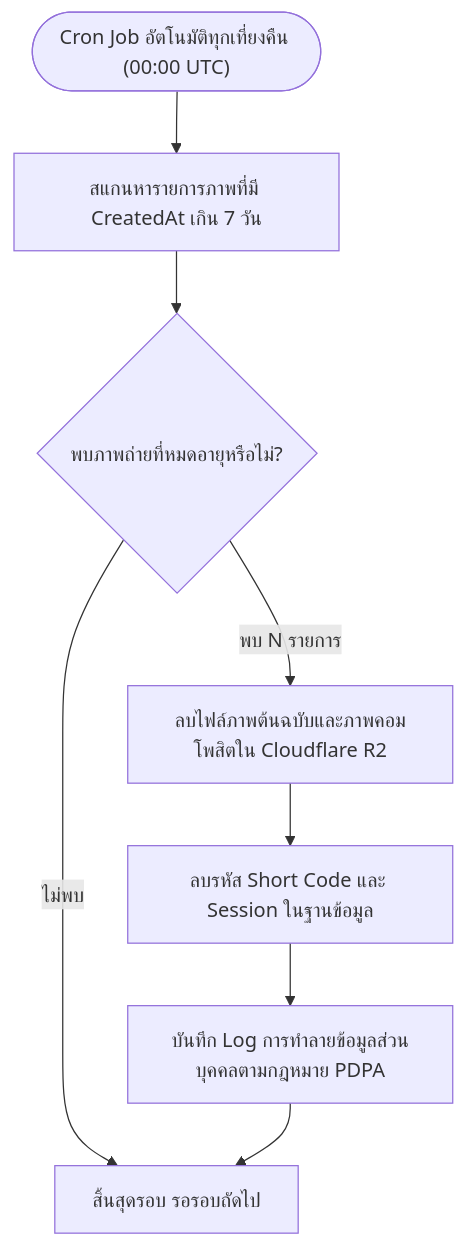
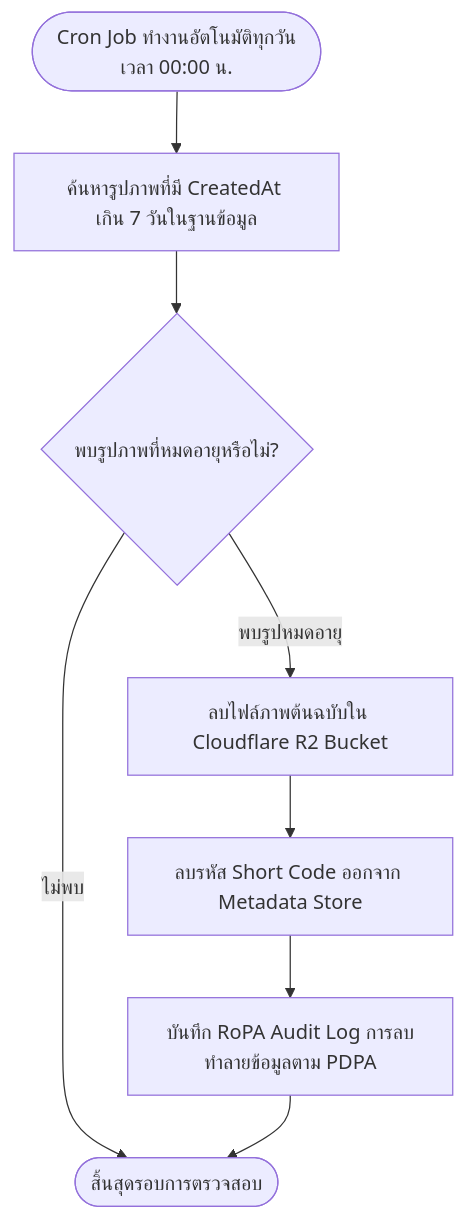
The sixth of 12 diagrams in ducument-sathit/task01/system-architecture-and-sequence-flow.md (icelandz9/swu-openhouse), drawn with Mermaid before and after one commit. The commit also changed other lines of this file and 1 other file, not shown here.

Commit message:
docs: finalize pure Photo Booth System Architecture and Sequence Flows based on grill-me locks

````diff
--- a/ducument-sathit/task01/system-architecture-and-sequence-flow.md
+++ b/ducument-sathit/task01/system-architecture-and-sequence-flow.md
@@ -259,12 +235,12 @@
 ```mermaid
 flowchart TD
-    AdminStart(["Cron Job อัตโนมัติทุกเที่ยงคืน (00:00 UTC)"]) --> ScanDB["สแกนหารายการภาพที่มี CreatedAt เกิน 7 วัน"]
-    ScanDB --> ExpiredFound{"พบภาพถ่ายที่หมดอายุหรือไม่?"}
-    
-    ExpiredFound -->|ไม่พบ| SleepJob["สิ้นสุดรอบ รอรอบถัดไป"]
-    ExpiredFound -->|พบ N รายการ| DeleteR2["ลบไฟล์ภาพต้นฉบับและภาพคอมโพสิตใน Cloudflare R2"]
+    CronStart(["Cron Job ทำงานอัตโนมัติทุกวันเวลา 00:00 น."]) --> Query["ค้นหารูปภาพที่มี CreatedAt เกิน 7 วันในฐานข้อมูล"]
+    Query --> CheckExpired{"พบรูปภาพที่หมดอายุหรือไม่?"}
 
-    DeleteR2 --> DeleteMetadata["ลบรหัส Short Code และ Session ในฐานข้อมูล"]
-    DeleteMetadata --> RecordRoPA["บันทึก Log การทำลายข้อมูลส่วนบุคคลตามกฎหมาย PDPA"]
-    RecordRoPA --> SleepJob
+    CheckExpired -->|ไม่พบ| CronEnd(["สิ้นสุดรอบการตรวจสอบ"])
+    CheckExpired -->|พบรูปหมดอายุ| DeleteCloud["ลบไฟล์ภาพต้นฉบับใน Cloudflare R2 Bucket"]
+
+    DeleteCloud --> DeleteMeta["ลบรหัส Short Code ออกจาก Metadata Store"]
+    DeleteMeta --> WriteLog["บันทึก RoPA Audit Log การลบทำลายข้อมูลตาม PDPA"]
+    WriteLog --> CronEnd
 ```
````
